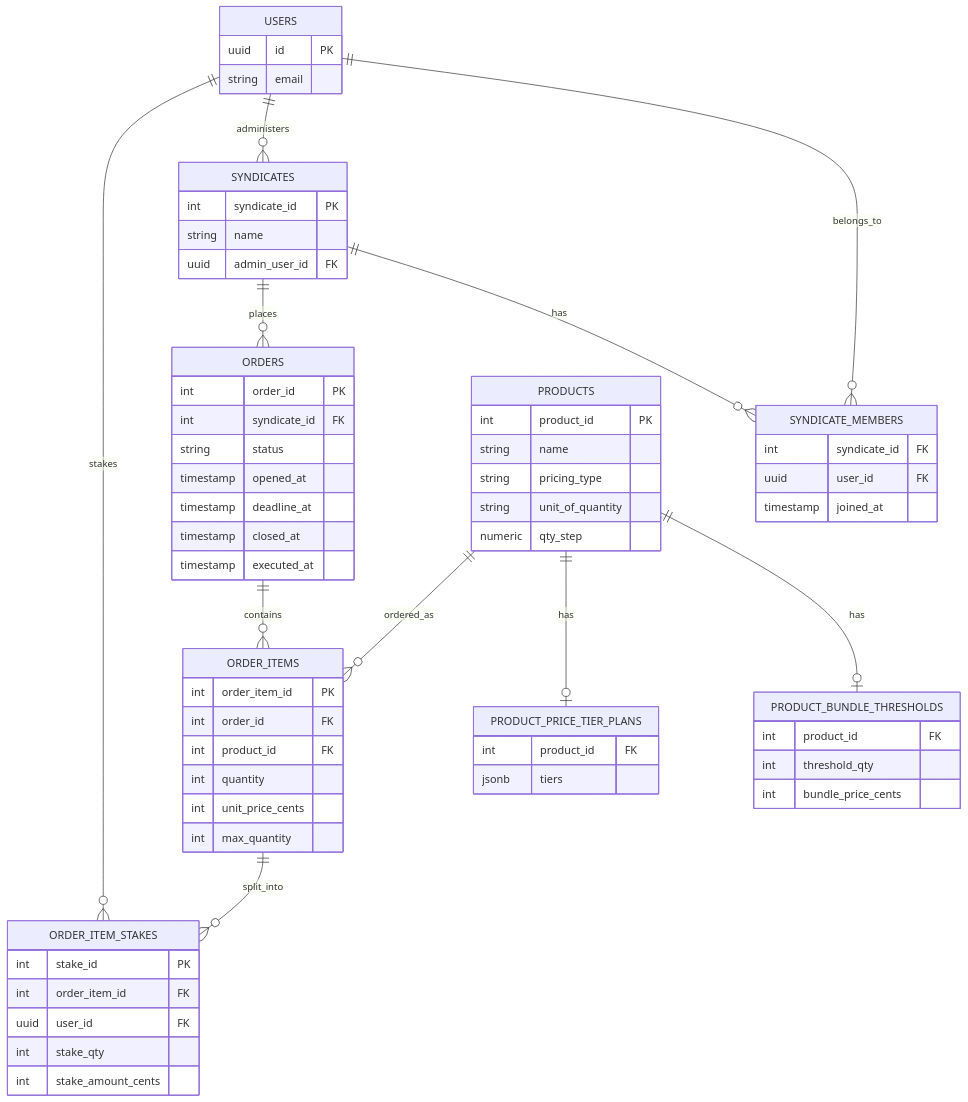
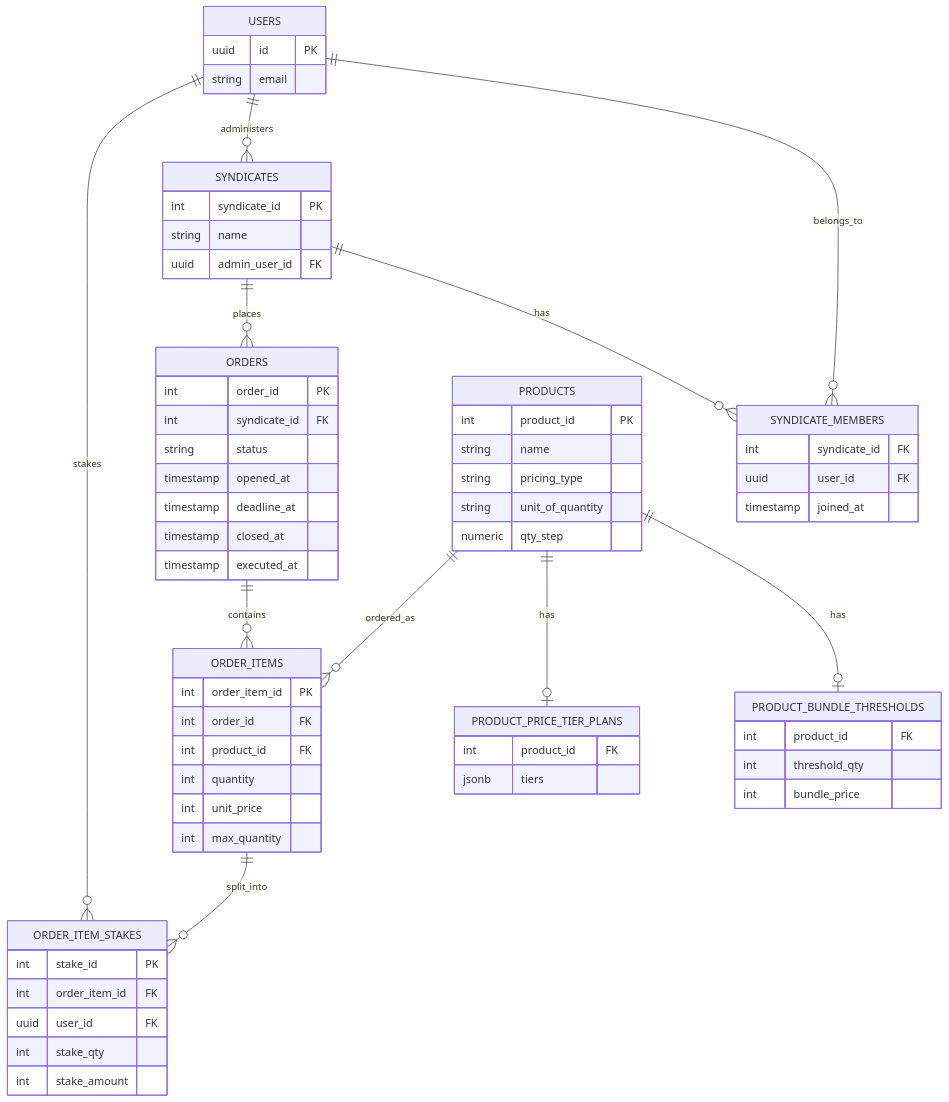
The diagram in .claude/context/backend.md (sormiston/AnteCat), drawn with Mermaid before and after one commit. The commit also changed other lines of this file and 6 other files, not shown here.

First line of the commit message:
Drop the _cents suffix from money columns (bundle_price_cents, unit_price_cents, stake_amount_cents), since values remain integer cents regardless of naming. Updates migrations, seed data, generated types, and backend.md to match.

````diff
--- a/.claude/context/backend.md
+++ b/.claude/context/backend.md
@@ -66,69 +66,69 @@
 ```mermaid
 
 erDiagram
   USERS ||--o{ SYNDICATE_MEMBERS : belongs_to
   SYNDICATES ||--o{ SYNDICATE_MEMBERS : has
   USERS ||--o{ SYNDICATES : administers
   SYNDICATES ||--o{ ORDERS : places
   PRODUCTS ||--o| PRODUCT_BUNDLE_THRESHOLDS : has
   PRODUCTS ||--o| PRODUCT_PRICE_TIER_PLANS : has
   ORDERS ||--o{ ORDER_ITEMS : contains
   PRODUCTS ||--o{ ORDER_ITEMS : ordered_as
   ORDER_ITEMS ||--o{ ORDER_ITEM_STAKES : split_into
   USERS ||--o{ ORDER_ITEM_STAKES : stakes
 
   USERS {
     uuid id PK
     string email
   }
   SYNDICATES {
     int syndicate_id PK
     string name
     uuid admin_user_id FK
   }
   SYNDICATE_MEMBERS {
     int syndicate_id FK
     uuid user_id FK
     timestamp joined_at
   }
   PRODUCTS {
     int product_id PK
     string name
     string pricing_type
     string unit_of_quantity
     numeric qty_step
   }
   PRODUCT_BUNDLE_THRESHOLDS {
     int product_id FK
     int threshold_qty
-    int bundle_price_cents
+    int bundle_price
   }
   PRODUCT_PRICE_TIER_PLANS {
     int product_id FK
     jsonb tiers
   }
   ORDERS {
     int order_id PK
     int syndicate_id FK
     string status
     timestamp opened_at
     timestamp deadline_at
     timestamp closed_at
     timestamp executed_at
   }
   ORDER_ITEMS {
     int order_item_id PK
     int order_id FK
     int product_id FK
     int quantity
-    int unit_price_cents
+    int unit_price
     int max_quantity
   }
   ORDER_ITEM_STAKES {
     int stake_id PK
     int order_item_id FK
     uuid user_id FK
     int stake_qty
-    int stake_amount_cents
+    int stake_amount
   }
 ```
````
